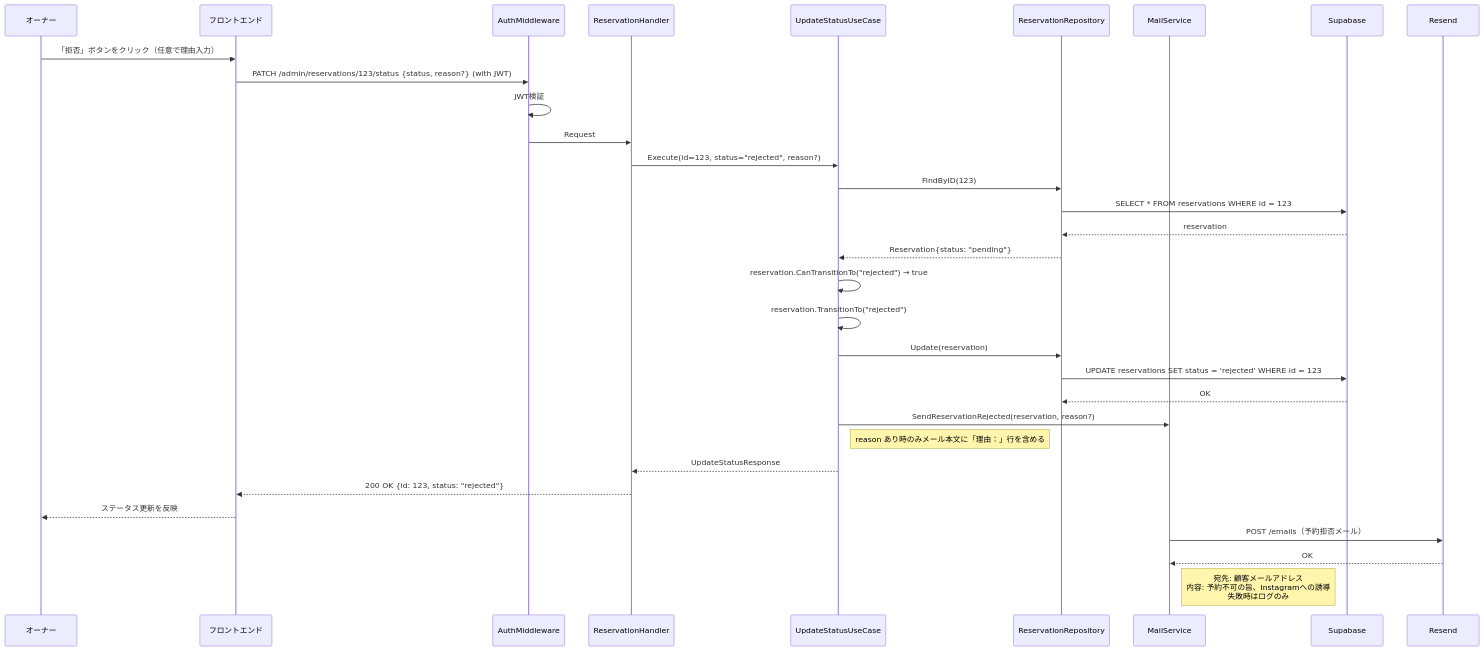
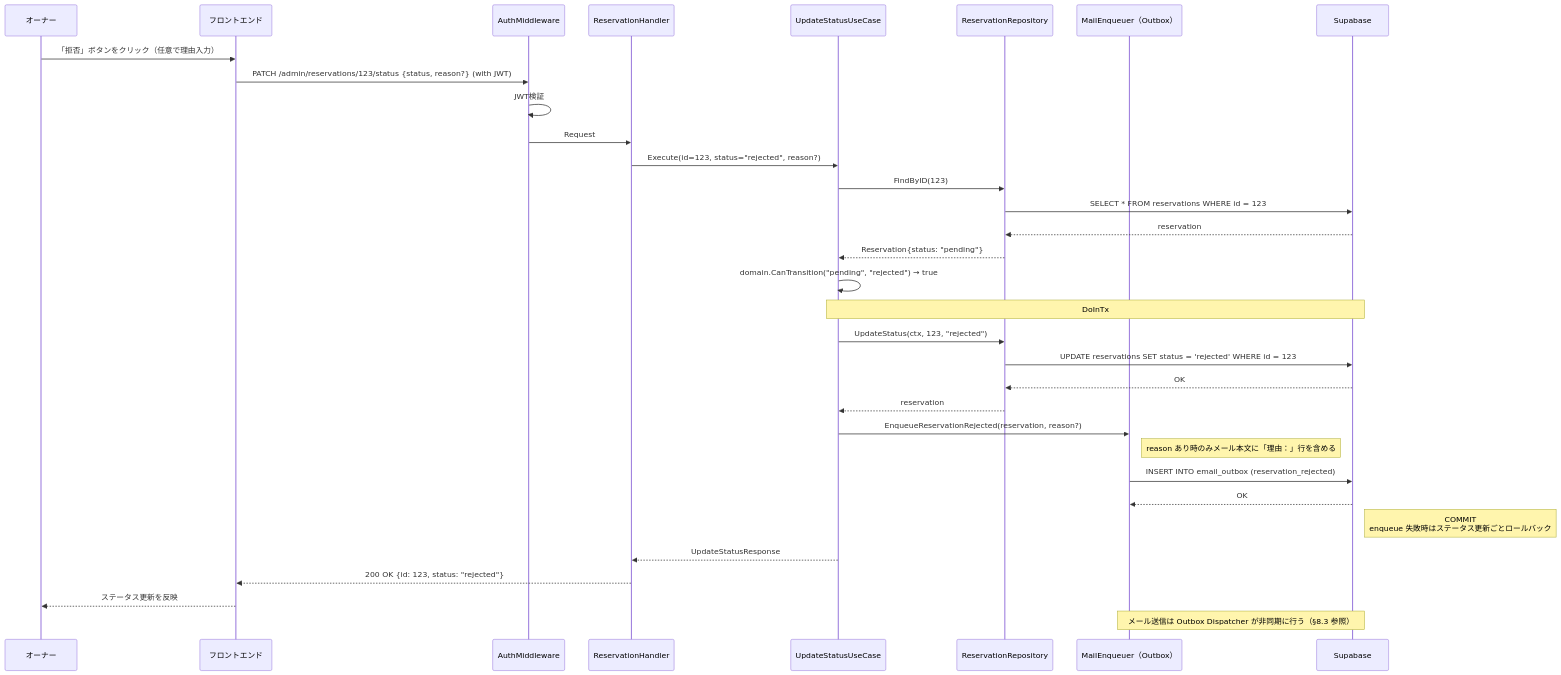
One commit to cergijame101007/satehits changed the ninth of 15 diagrams in docs/sequence.md. Above: the diagram before and after it, drawn with Mermaid. The commit also changed other lines of this file, not shown here.

Commit message:
docs: シーケンス図を Outbox・レート制限・実装のメソッド名に合わせる

````diff
--- a/docs/sequence.md
+++ b/docs/sequence.md
@@ -340,42 +390,44 @@
 ```mermaid
 sequenceDiagram
     participant Owner as オーナー
     participant Frontend as フロントエンド
     participant Middleware as AuthMiddleware
     participant Handler as ReservationHandler
     participant UseCase as UpdateStatusUseCase
     participant ReservationRepo as ReservationRepository
-    participant MailService as MailService
+    participant Outbox as MailEnqueuer（Outbox）
     participant DB as Supabase
-    participant Resend as Resend
 
     Owner->>Frontend: 「拒否」ボタンをクリック（任意で理由入力）
     Frontend->>Middleware: PATCH /admin/reservations/123/status {status, reason?} (with JWT)
     
     Middleware->>Middleware: JWT検証
     Middleware->>Handler: Request
     
     Handler->>UseCase: Execute(id=123, status="rejected", reason?)
     
     UseCase->>ReservationRepo: FindByID(123)
     ReservationRepo->>DB: SELECT * FROM reservations WHERE id = 123
     DB-->>ReservationRepo: reservation
     ReservationRepo-->>UseCase: Reservation{status: "pending"}
     
-    UseCase->>UseCase: reservation.CanTransitionTo("rejected") → true
-    UseCase->>UseCase: reservation.TransitionTo("rejected")
+    UseCase->>UseCase: domain.CanTransition("pending", "rejected") → true
     
-    UseCase->>ReservationRepo: Update(reservation)
+    Note over UseCase,DB: DoInTx
+    UseCase->>ReservationRepo: UpdateStatus(ctx, 123, "rejected")
     ReservationRepo->>DB: UPDATE reservations SET status = 'rejected' WHERE id = 123
     DB-->>ReservationRepo: OK
+    ReservationRepo-->>UseCase: reservation
     
-    UseCase->>MailService: SendReservationRejected(reservation, reason?)
-    Note right of UseCase: reason あり時のみメール本文に「理由：」行を含める
+    UseCase->>Outbox: EnqueueReservationRejected(reservation, reason?)
+    Note right of Outbox: reason あり時のみメール本文に「理由：」行を含める
+    Outbox->>DB: INSERT INTO email_outbox (reservation_rejected)
+    DB-->>Outbox: OK
+    Note right of DB: COMMIT<br>enqueue 失敗時はステータス更新ごとロールバック
+    
     UseCase-->>Handler: UpdateStatusResponse
     Handler-->>Frontend: 200 OK {id: 123, status: "rejected"}
     Frontend-->>Owner: ステータス更新を反映
 
-    MailService->>Resend: POST /emails（予約拒否メール）
-    Resend-->>MailService: OK
-    Note right of MailService: 宛先: 顧客メールアドレス<br>内容: 予約不可の旨、Instagramへの誘導<br>失敗時はログのみ
+    Note over Outbox,DB: メール送信は Outbox Dispatcher が非同期に行う（§8.3 参照）
 ```
````
